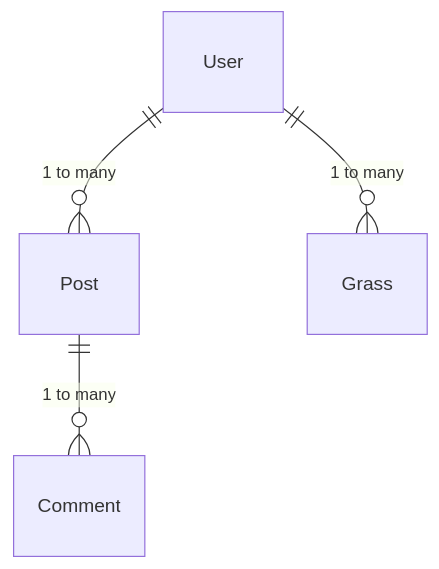
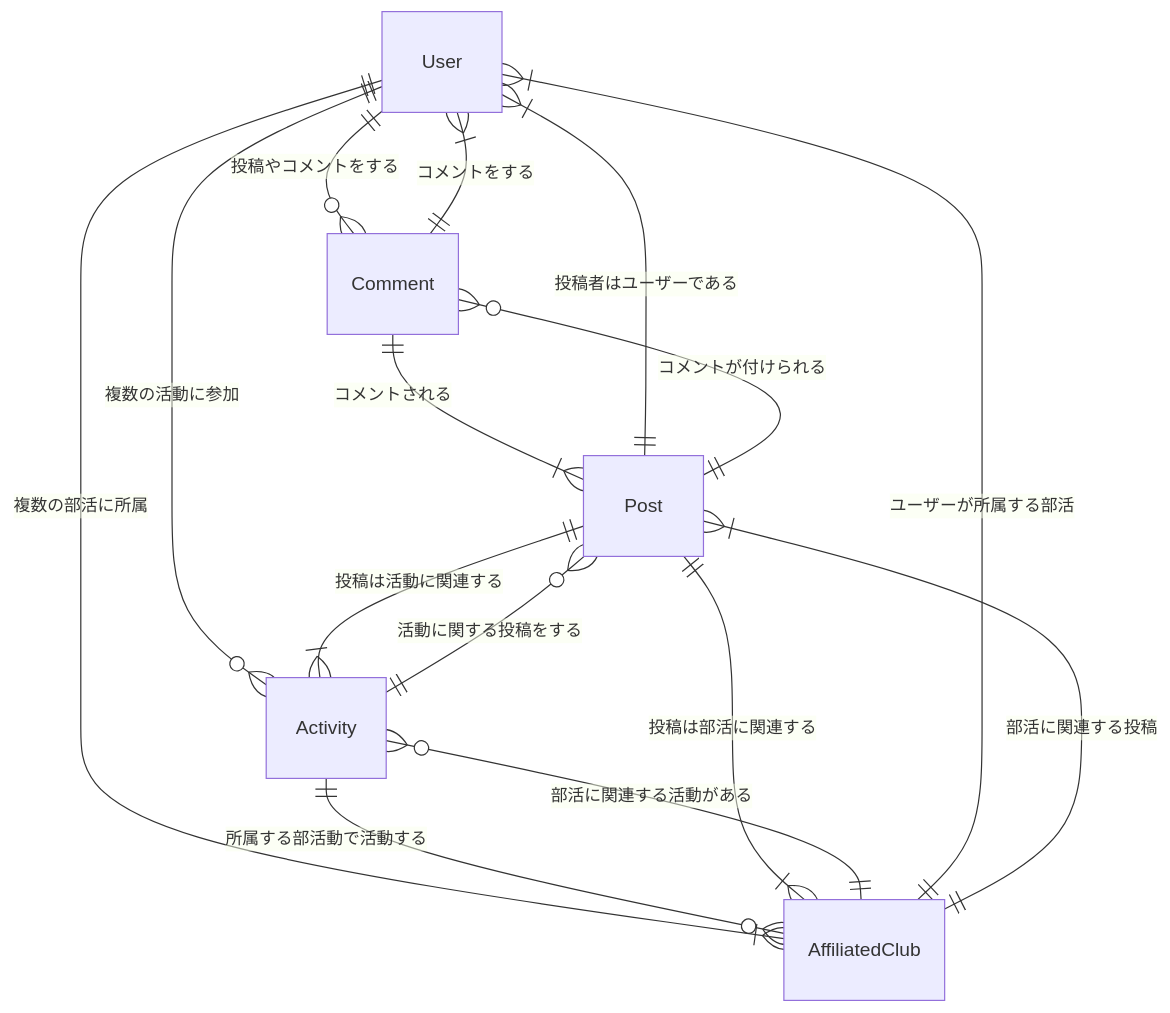
Before and after one commit to yumekiti-archive/ClubsActivity: the second of 2 diagrams in README.md, drawn with Mermaid. The commit also changed other lines of this file, not shown here.

Commit message:
`change` mermaidを変更した

````diff
--- a/README.md
+++ b/README.md
@@ -103,6 +103,18 @@
 ```mermaid
 erDiagram
-    User ||--o{ Post : "1 to many"
-    User ||--o{ Grass : "1 to many"
-    Post ||--o{ Comment : "1 to many"
+    User ||--o{ Comment : "投稿やコメントをする"
+    User ||--o{ Activity : "複数の活動に参加"
+    User ||--|{ AffiliatedClub : "複数の部活に所属"
+    Comment ||--|{ User : "コメントをする"
+    Comment ||--|{ Post : "コメントされる"
+    Activity ||--o{ Post : "活動に関する投稿をする"
+    Activity ||--o{ AffiliatedClub : "所属する部活動で活動する"
+    Post ||--|{ User : "投稿者はユーザーである"
+    Post ||--o{ Comment : "コメントが付けられる"
+    Post ||--|{ Activity : "投稿は活動に関連する"
+    Post ||--|{ AffiliatedClub : "投稿は部活に関連する"
+    AffiliatedClub ||--o{ Activity : "部活に関連する活動がある"
+    AffiliatedClub ||--|{ User : "ユーザーが所属する部活"
+    AffiliatedClub ||--|{ Post : "部活に関連する投稿"
+
 ```
````
